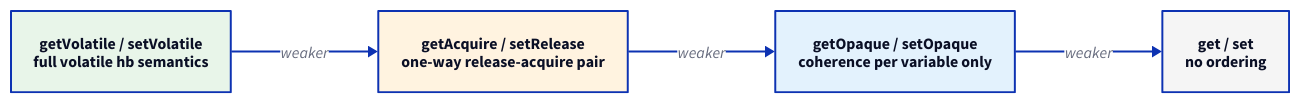
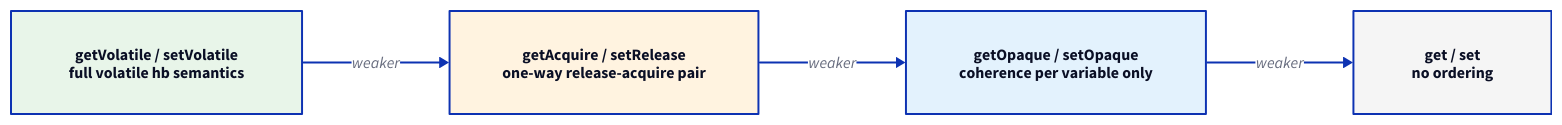
The diagram in SRS/How do VarHandle access modes order memory in Java.md (LogicAdept/SRS-Obsidian), drawn with D2 before and after one commit. The commit also changed 19 other files, not shown here.

````diff
--- a/SRS/How do VarHandle access modes order memory in Java.md
+++ b/SRS/How do VarHandle access modes order memory in Java.md
@@ -14,10 +14,26 @@
 ```d2
 direction: right
-vol: "getVolatile / setVolatile\nfull volatile hb semantics" { style.fill: "#e8f5e9" }
-acr: "getAcquire / setRelease\none-way release-acquire pair" { style.fill: "#fff3e0" }
-opq: "getOpaque / setOpaque\ncoherence per variable only" { style.fill: "#e3f2fd" }
-plain: "get / set\nno ordering" { style.fill: "#f5f5f5" }
+vol: "getVolatile / setVolatile\nfull volatile hb semantics" {
+  width: 294
+  height: 104
+  style.fill: "#e8f5e9"
+}
+acr: "getAcquire / setRelease\none-way release-acquire pair" {
+  width: 312
+  height: 104
+  style.fill: "#fff3e0"
+}
+opq: "getOpaque / setOpaque\ncoherence per variable only" {
+  width: 303
+  height: 104
+  style.fill: "#e3f2fd"
+}
+plain: "get / set\nno ordering" {
+  width: 200
+  height: 104
+  style.fill: "#f5f5f5"
+}
 vol -> acr: "weaker"
 acr -> opq: "weaker"
 opq -> plain: "weaker"
 ```
````
